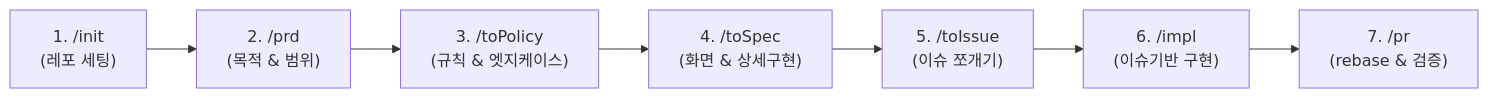
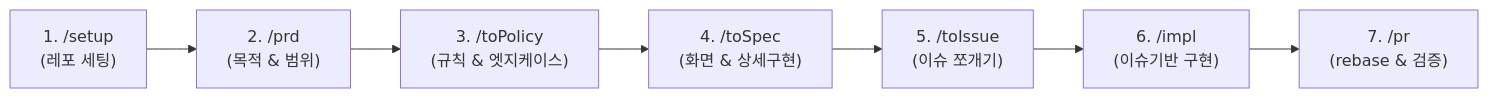
One commit to delightPIP/teamproject changed the diagram in README.md. Above: the diagram before and after it, drawn with Mermaid. The commit also changed other lines of this file and 1 other file, not shown here.

First line of the commit message:
refactor(skills): /init 스킬을 /setup으로 이름 변경

````diff
--- a/README.md
+++ b/README.md
@@ -7,9 +7,9 @@
 ```mermaid
 flowchart LR
-    A["1. /init<br>(레포 세팅)"] --> B["2. /prd<br>(목적 & 범위)"]
+    A["1. /setup<br>(레포 세팅)"] --> B["2. /prd<br>(목적 & 범위)"]
     B --> C["3. /toPolicy<br>(규칙 & 엣지케이스)"]
     C --> D["4. /toSpec<br>(화면 & 상세구현)"]
     D --> E["5. /toIssue<br>(이슈 쪼개기)"]
     E --> F["6. /impl<br>(이슈기반 구현)"]
     F --> G["7. /pr<br>(rebase & 검증)"]
 ```
````
